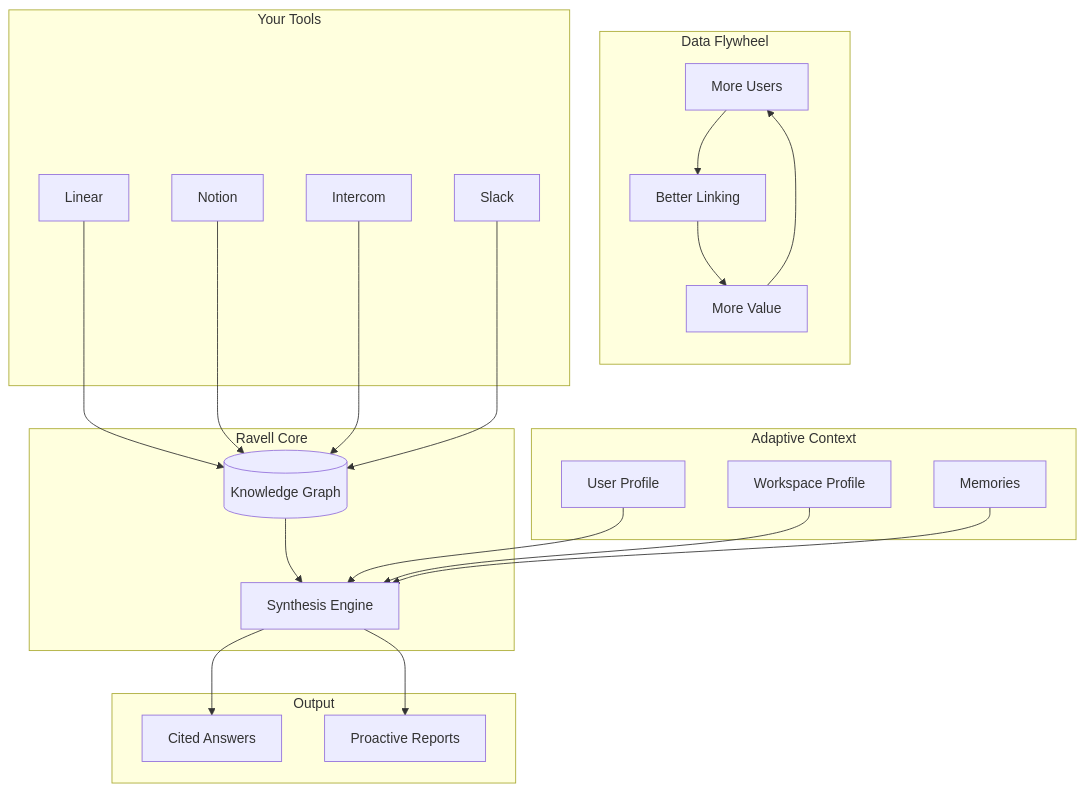
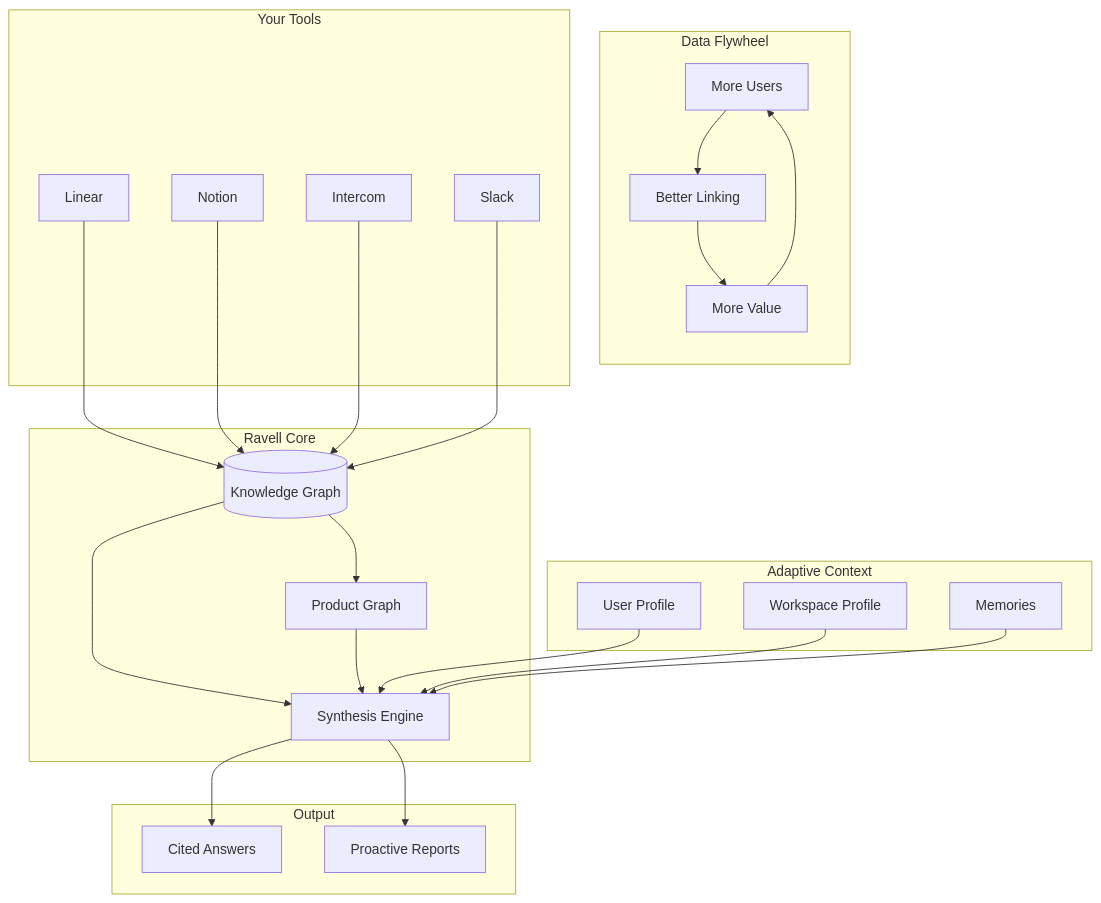
One commit to ravell-io/docs changed the first of 2 diagrams in system-overview.mdx. Above: the diagram before and after it, drawn with Mermaid. The commit also changed other lines of this file and 4 other files, not shown here.

Commit message:
docs: add product graph documentation (problem entities, subtypes, scoring, blind spots)

````diff
--- a/system-overview.mdx
+++ b/system-overview.mdx
@@ -14,46 +14,49 @@
 ```mermaid
 flowchart TB
     subgraph Flywheel["Data Flywheel"]
         direction TB
         A[More Users]
         B[Better Linking]
         C[More Value]
         A --> B
         B --> C
         C --> A
     end
 
     subgraph Tools["Your Tools"]
         L[Linear]
         N[Notion]
         I[Intercom]
         S[Slack]
     end
 
     subgraph Context["Adaptive Context"]
         UP[User Profile]
         WP[Workspace Profile]
         M[Memories]
     end
 
     subgraph Core["Ravell Core"]
         KG[(Knowledge Graph)]
+        PG[Product Graph]
         SE[Synthesis Engine]
     end
 
     subgraph Output["Output"]
         CA[Cited Answers]
         PR[Proactive Reports]
     end
 
     L --> KG
     N --> KG
     I --> KG
     S --> KG
+    KG --> PG
     KG --> SE
+    PG --> SE
     UP --> SE
     WP --> SE
     M --> SE
     SE --> CA
     SE --> PR
 ```
````
